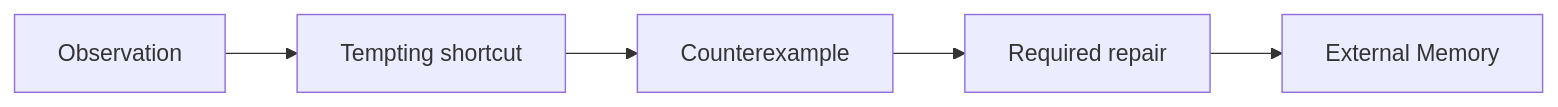
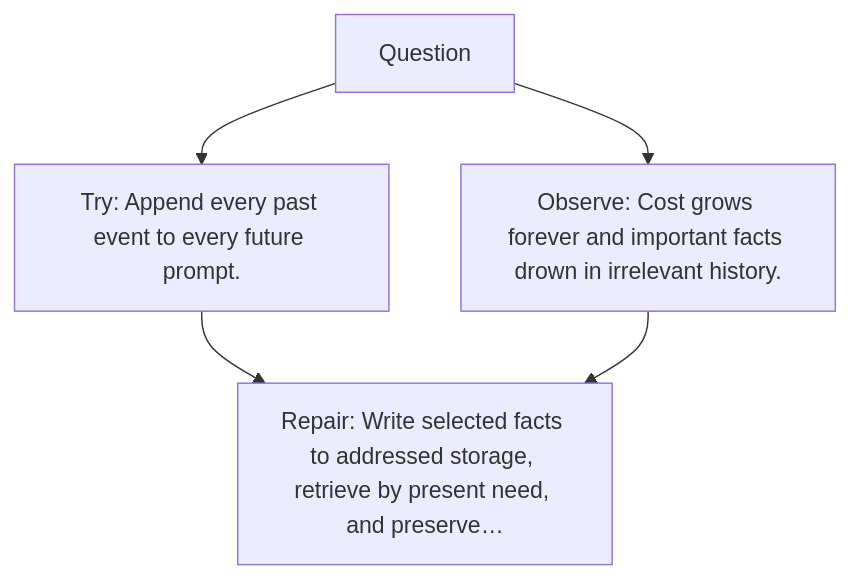
One commit to kleem-labs/AI-Archaeology changed the diagram in excavations/135-external-memory/diagram.md. Above: the diagram before and after it, drawn with Mermaid. The commit also changed other lines of this file and 288 other files, not shown here.

````diff
--- a/excavations/135-external-memory/diagram.md
+++ b/excavations/135-external-memory/diagram.md
@@ -3,7 +5,7 @@
 ```mermaid
-flowchart LR
-    A["Observation"] --> B["Tempting shortcut"]
-    B --> C["Counterexample"]
-    C --> D["Required repair"]
-    D --> E["External Memory"]
+flowchart TD
+    A["Question"] --> B["Try: Append every past event to every future prompt."]
+    A --> C["Observe: Cost grows forever and important facts drown in irrelevant history."]
+    B --> D["Repair: Write selected facts to addressed storage, retrieve by present need, and preserve…"]
+    C --> D
 ```
````
